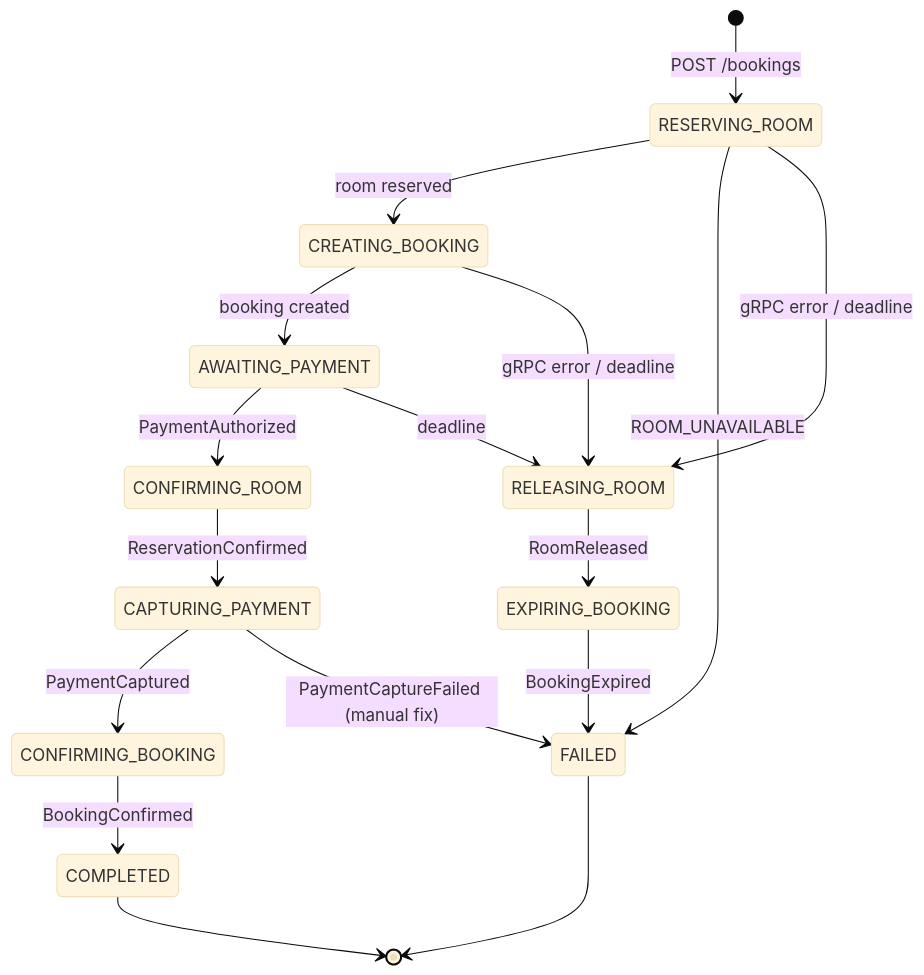
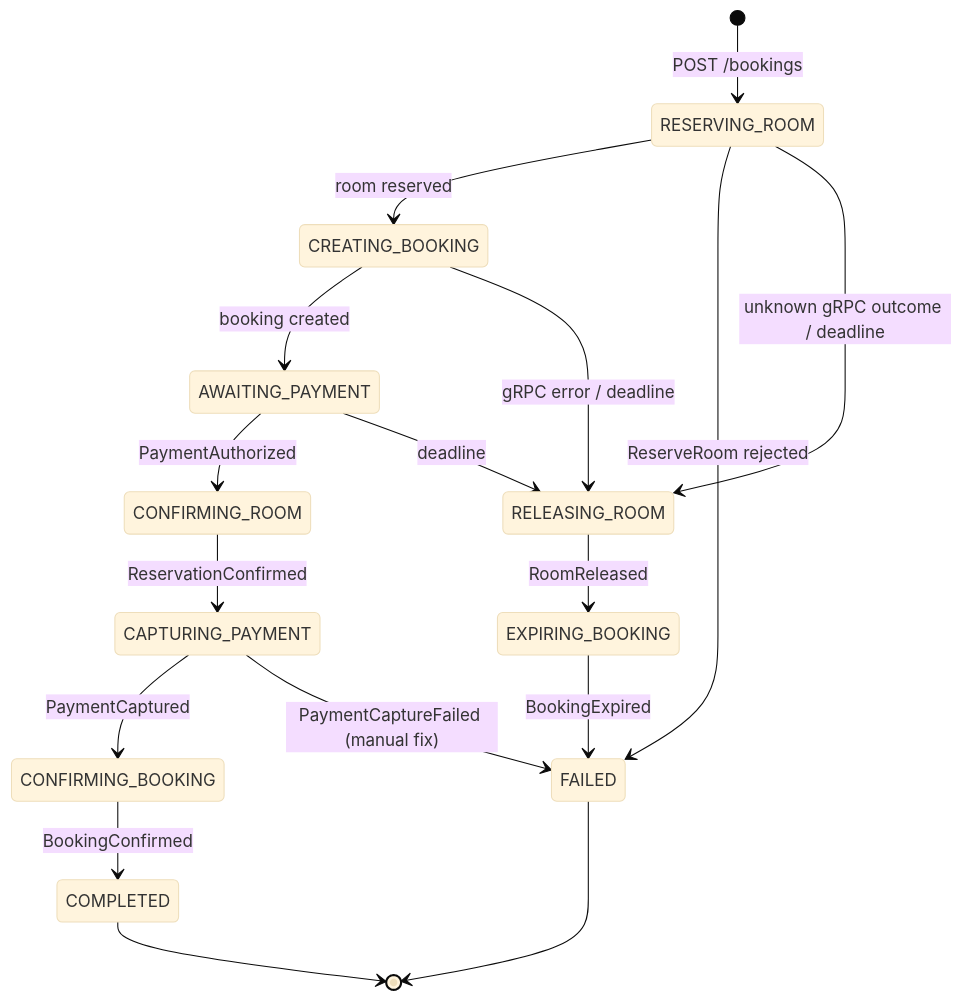
Before and after one commit to TranQuangPhong/hotel-booking-hexagon: the first of 4 diagrams in doc/uc1-create-booking/state-machines.md, drawn with Mermaid (base theme). The commit also changed other lines of this file and 53 other files, not shown here.

````diff
--- a/doc/uc1-create-booking/state-machines.md
+++ b/doc/uc1-create-booking/state-machines.md
@@ -9,22 +9,22 @@
 ```mermaid
 stateDiagram-v2
     [*] --> RESERVING_ROOM: POST /bookings
     RESERVING_ROOM --> CREATING_BOOKING: room reserved
-    RESERVING_ROOM --> FAILED: ROOM_UNAVAILABLE
+    RESERVING_ROOM --> FAILED: ReserveRoom rejected
     CREATING_BOOKING --> AWAITING_PAYMENT: booking created
 
     AWAITING_PAYMENT --> CONFIRMING_ROOM: PaymentAuthorized
     CONFIRMING_ROOM --> CAPTURING_PAYMENT: ReservationConfirmed
     CAPTURING_PAYMENT --> CONFIRMING_BOOKING: PaymentCaptured
     CAPTURING_PAYMENT --> FAILED: PaymentCaptureFailed (manual fix)
     CONFIRMING_BOOKING --> COMPLETED: BookingConfirmed
 
-    RESERVING_ROOM --> RELEASING_ROOM: gRPC error / deadline
+    RESERVING_ROOM --> RELEASING_ROOM: unknown gRPC outcome / deadline
     CREATING_BOOKING --> RELEASING_ROOM: gRPC error / deadline
     AWAITING_PAYMENT --> RELEASING_ROOM: deadline
     RELEASING_ROOM --> EXPIRING_BOOKING: RoomReleased
     EXPIRING_BOOKING --> FAILED: BookingExpired
 
     COMPLETED --> [*]
     FAILED --> [*]
 ```
````
